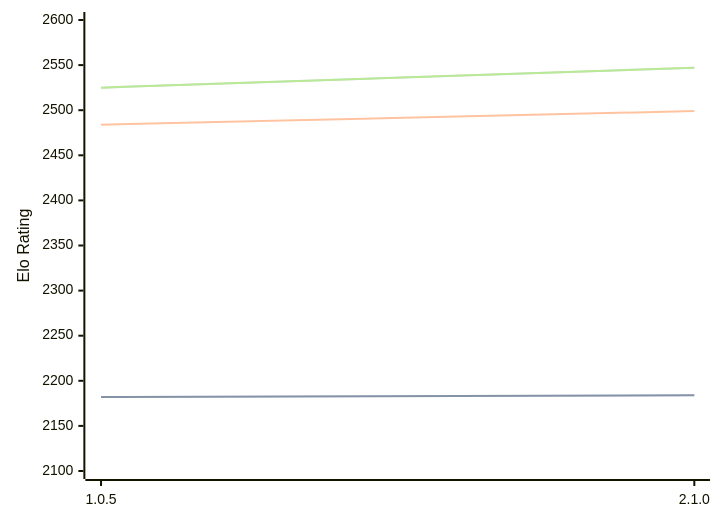
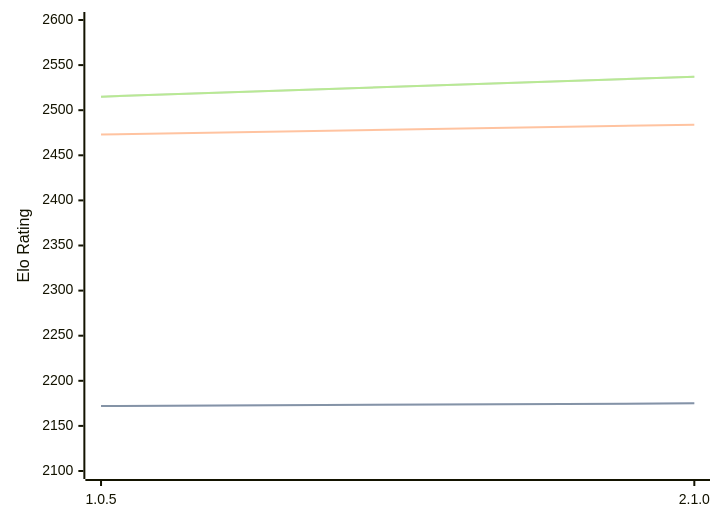
One commit to computer-chess-index/cci changed the diagram in engines/Ruffian.md. Above: the diagram before and after it, drawn with Mermaid. The commit also changed other lines of this file, not shown here.

Commit message:
Update CCI Ratings (ELO VLTC) - 2026-03-19

````diff
--- a/engines/Ruffian.md
+++ b/engines/Ruffian.md
@@ -30,11 +30,11 @@
 ```mermaid
 %%{init: {"theme":"base","themeVariables":{"seriesColors:['#a3a3a3','#222221','#faa371']}}}%%
 xychart-beta
   x-axis ["1.0.5", "2.1.0"]
   y-axis "Elo Rating" 2100 --> 2600
-  line "STC (8.0+0.08s)" [2182, 2184]
-  line "STC (8.0+0.08s)" [2182, 2184]
-  line "LTC (60.0+0.60s)" [2484, 2499]
-  line "VLTC (2m24s+1.12s)" [2525, 2547]
-  line "VLTC (2m24s+1.12s)" [2525, 2547]
+  line "STC (8.0+0.08s)" [2172, 2175]
+  line "STC (8.0+0.08s)" [2172, 2175]
+  line "LTC (60.0+0.60s)" [2473, 2484]
+  line "VLTC (2m24s+1.12s)" [2515, 2537]
+  line "VLTC (2m24s+1.12s)" [2515, 2537]
 ```
````
